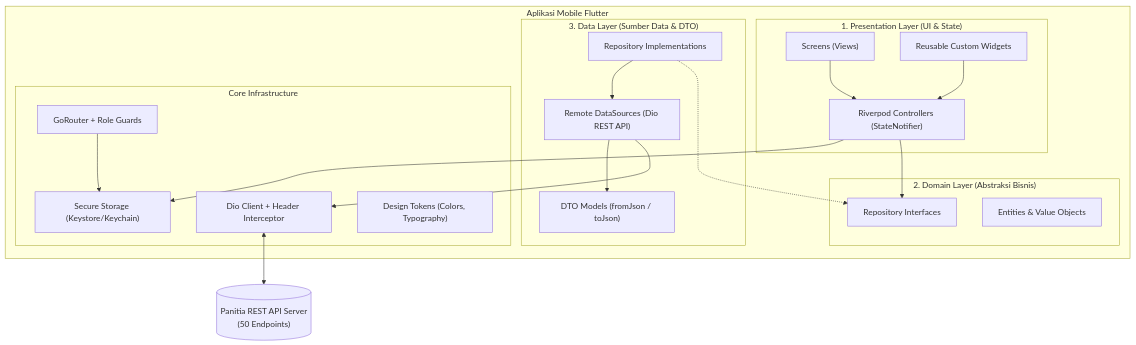
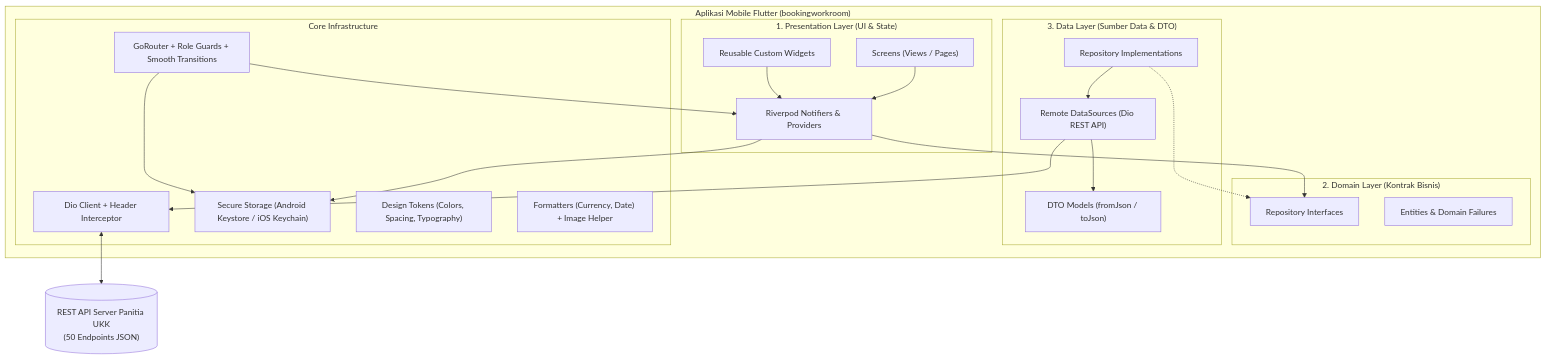
Before and after one commit to elzidanee/smart_space_booking: the second of 2 diagrams in README.md, drawn with Mermaid. The commit also changed other lines of this file, not shown here.

````diff
--- a/README.md
+++ b/README.md
@@ -179,41 +183,43 @@
 ```mermaid
 flowchart TD
-    subgraph ClientDevice["Aplikasi Mobile Flutter"]
+    subgraph ClientDevice["Aplikasi Mobile Flutter (bookingworkroom)"]
         subgraph PresentationLayer["1. Presentation Layer (UI & State)"]
-            Screens["Screens (Views)"]
+            Screens["Screens (Views / Pages)"]
             Widgets["Reusable Custom Widgets"]
-            Controllers["Riverpod Controllers (StateNotifier)"]
+            Controllers["Riverpod Notifiers & Providers"]
         end
         
-        subgraph DomainLayer["2. Domain Layer (Abstraksi Bisnis)"]
+        subgraph DomainLayer["2. Domain Layer (Kontrak Bisnis)"]
             ReposInterface["Repository Interfaces"]
-            Entities["Entities & Value Objects"]
+            Entities["Entities & Domain Failures"]
         end
         
         subgraph DataLayer["3. Data Layer (Sumber Data & DTO)"]
             DataSources["Remote DataSources (Dio REST API)"]
             Models["DTO Models (fromJson / toJson)"]
             ReposImpl["Repository Implementations"]
         end
         
         subgraph CoreLayer["Core Infrastructure"]
             Network["Dio Client + Header Interceptor"]
-            Security["Secure Storage (Keystore/Keychain)"]
-            Router["GoRouter + Role Guards"]
-            Theme["Design Tokens (Colors, Typography)"]
+            Security["Secure Storage (Android Keystore / iOS Keychain)"]
+            Router["GoRouter + Role Guards + Smooth Transitions"]
+            Theme["Design Tokens (Colors, Spacing, Typography)"]
+            Utils["Formatters (Currency, Date) + Image Helper"]
         end
     end
     
-    BackendAPI[("Panitia REST API Server\n(50 Endpoints)")]
+    BackendAPI[("REST API Server Panitia UKK\n(50 Endpoints JSON)")]
 
     Screens --> Controllers
     Widgets --> Controllers
     Controllers --> ReposInterface
     ReposImpl .-> ReposInterface
     ReposImpl --> DataSources
     DataSources --> Network
     DataSources --> Models
     Network <--> BackendAPI
     Controllers --> Security
     Router --> Security
+    Router --> Controllers
 ```
````
